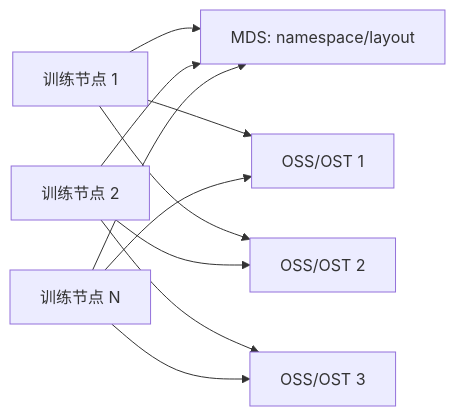
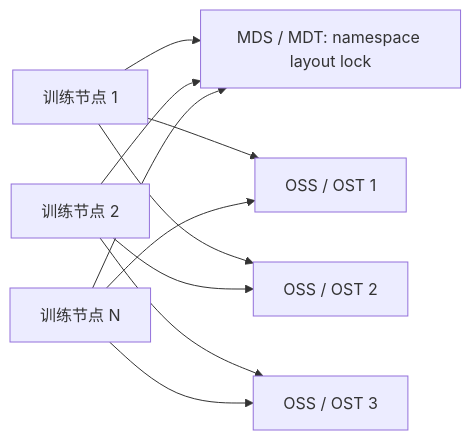
One commit to qxhy123/learn changed the seventh of 7 diagrams in ai-infra-tutorial/part0-foundations-of-systems/0c-filesystems-and-storage-internals.md. Above: the diagram before and after it, drawn with Mermaid. The commit also changed other lines of this file and 39 other files, not shown here.

First line of the commit message:
Split Part 0a CPU microarchitecture into 8 deep-dive chapters

````diff
--- a/ai-infra-tutorial/part0-foundations-of-systems/0c-filesystems-and-storage-internals.md
+++ b/ai-infra-tutorial/part0-foundations-of-systems/0c-filesystems-and-storage-internals.md
@@ -207,12 +461,12 @@
 ```mermaid
 flowchart LR
-  C1[训练节点 1] --> M[MDS: namespace/layout]
+  C1[训练节点 1] --> M[MDS / MDT: namespace layout lock]
   C2[训练节点 2] --> M
   C3[训练节点 N] --> M
-  C1 --> O1[OSS/OST 1]
-  C1 --> O2[OSS/OST 2]
+  C1 --> O1[OSS / OST 1]
+  C1 --> O2[OSS / OST 2]
   C2 --> O2
-  C2 --> O3[OSS/OST 3]
+  C2 --> O3[OSS / OST 3]
   C3 --> O1
   C3 --> O3
 ```
````
